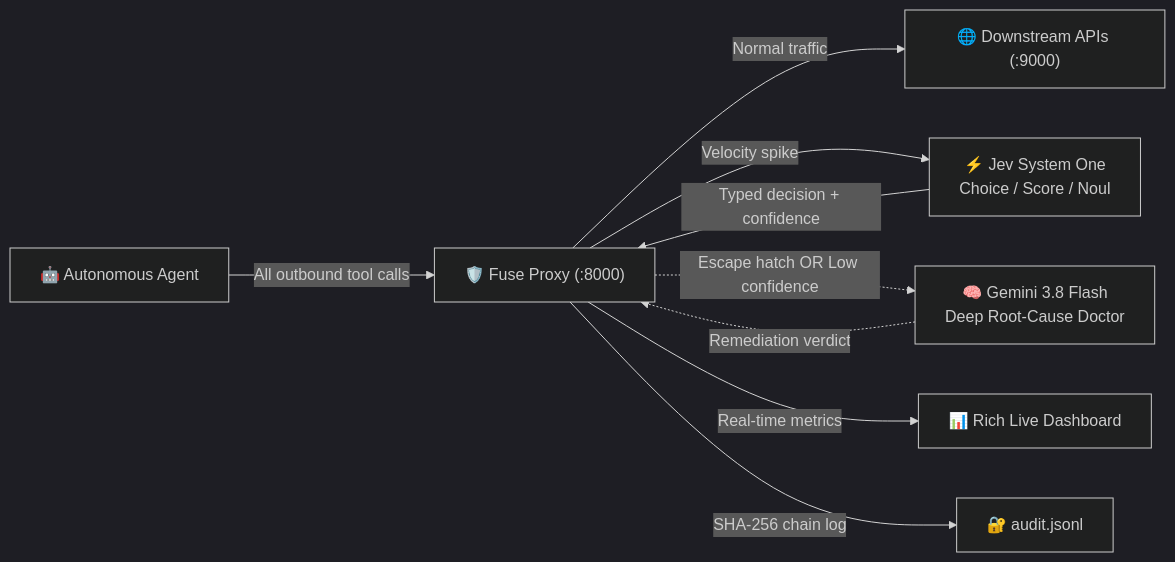
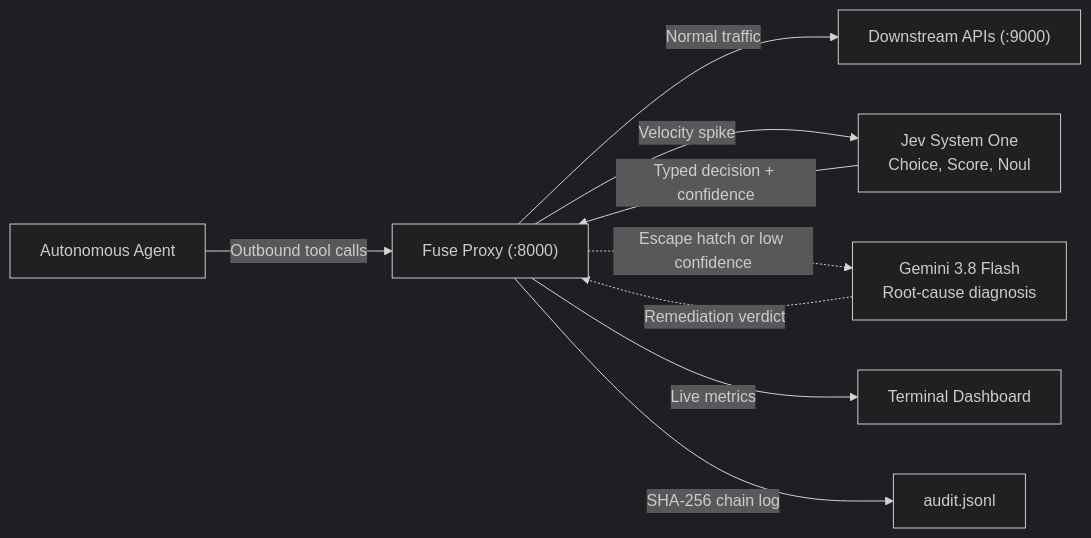
The diagram in README.md (adr1en360/Fuse), drawn with Mermaid (dark theme) before and after one commit. The commit also changed other lines of this file, not shown here.

````diff
--- a/README.md
+++ b/README.md
@@ -43,11 +43,11 @@
 ```mermaid
 graph LR
-    AGENT["🤖 Autonomous Agent"] -->|"All outbound tool calls"| PROXY["🛡️ Fuse Proxy (:8000)"]
-    PROXY -->|"Normal traffic"| TARGET["🌐 Downstream APIs (:9000)"]
-    PROXY -->|"Velocity spike"| JEV["⚡ Jev System One<br/>Choice / Score / Noul"]
+    AGENT["Autonomous Agent"] -->|"Outbound tool calls"| PROXY["Fuse Proxy (:8000)"]
+    PROXY -->|"Normal traffic"| TARGET["Downstream APIs (:9000)"]
+    PROXY -->|"Velocity spike"| JEV["Jev System One<br/>Choice, Score, Noul"]
     JEV -->|"Typed decision + confidence"| PROXY
-    PROXY -.->|"Escape hatch OR Low confidence"| GEMINI["🧠 Gemini 3.8 Flash<br/>Deep Root-Cause Doctor"]
+    PROXY -.->|"Escape hatch or low confidence"| GEMINI["Gemini 3.8 Flash<br/>Root-cause diagnosis"]
     GEMINI -.->|"Remediation verdict"| PROXY
-    PROXY -->|"Real-time metrics"| DASH["📊 Rich Live Dashboard"]
-    PROXY -->|"SHA-256 chain log"| AUDIT["🔐 audit.jsonl"]
+    PROXY -->|"Live metrics"| DASH["Terminal Dashboard"]
+    PROXY -->|"SHA-256 chain log"| AUDIT["audit.jsonl"]
 ```
````
